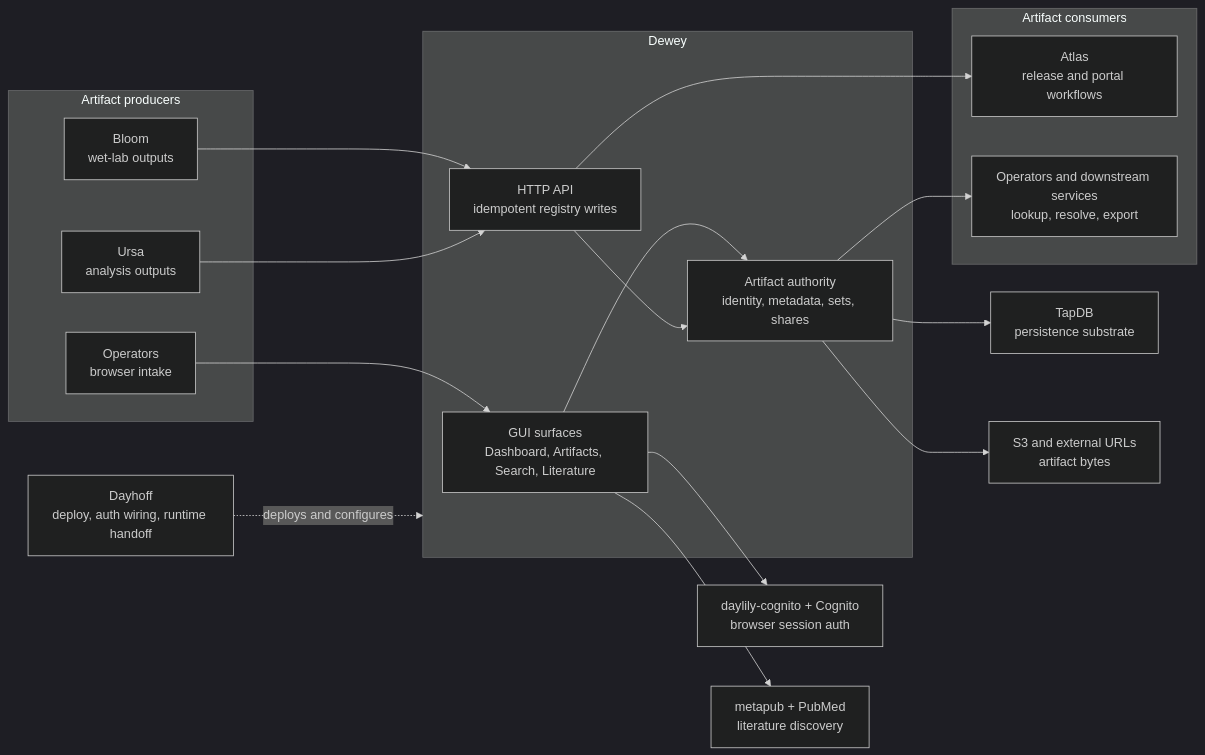
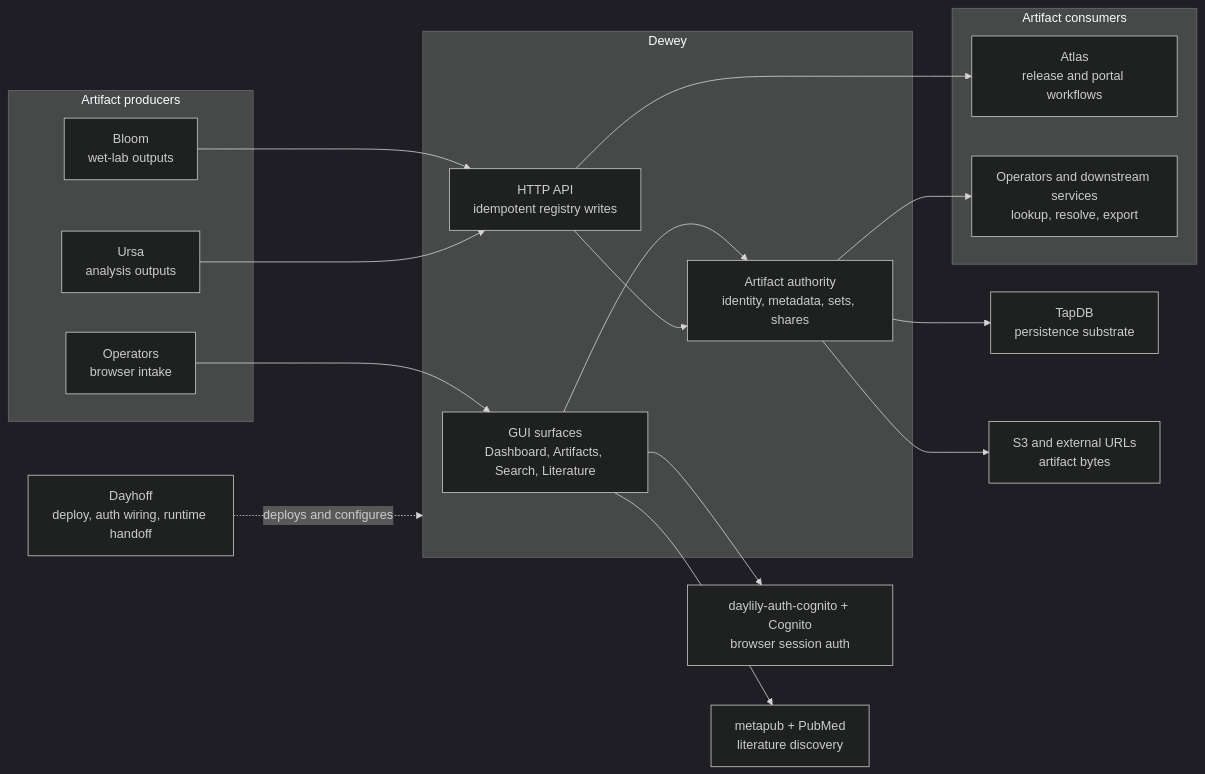
The diagram in README.md (Daylily-Informatics/dewey), drawn with Mermaid (dark theme) before and after one commit. The commit also changed other lines of this file and 38 other files, not shown here.

````diff
--- a/README.md
+++ b/README.md
@@ -48,51 +50,51 @@
 ```mermaid
 flowchart LR
     subgraph Producers["Artifact producers"]
         Bloom["Bloom
 wet-lab outputs"]
         Ursa["Ursa
 analysis outputs"]
         Ops["Operators
 browser intake"]
     end
 
     subgraph DeweyPlane["Dewey"]
         GUI["GUI surfaces
 Dashboard, Artifacts, Search, Literature"]
         API["HTTP API
 idempotent registry writes"]
         Registry["Artifact authority
 identity, metadata, sets, shares"]
     end
 
     subgraph Consumers["Artifact consumers"]
         Atlas["Atlas
 release and portal workflows"]
         Searchers["Operators and downstream services
 lookup, resolve, export"]
     end
 
     Dayhoff["Dayhoff
 deploy, auth wiring, runtime handoff"]
     TapDB["TapDB
 persistence substrate"]
     S3["S3 and external URLs
 artifact bytes"]
-    Cognito["daylily-cognito + Cognito
+    Cognito["daylily-auth-cognito + Cognito
 browser session auth"]
     Metapub["metapub + PubMed
 literature discovery"]
 
     Bloom --> API
     Ursa --> API
     Ops --> GUI
     GUI --> Registry
     API --> Registry
     Registry --> TapDB
     Registry --> S3
     GUI --> Cognito
     GUI --> Metapub
     API --> Atlas
     Registry --> Searchers
     Dayhoff -. deploys and configures .-> DeweyPlane
 ```
````
